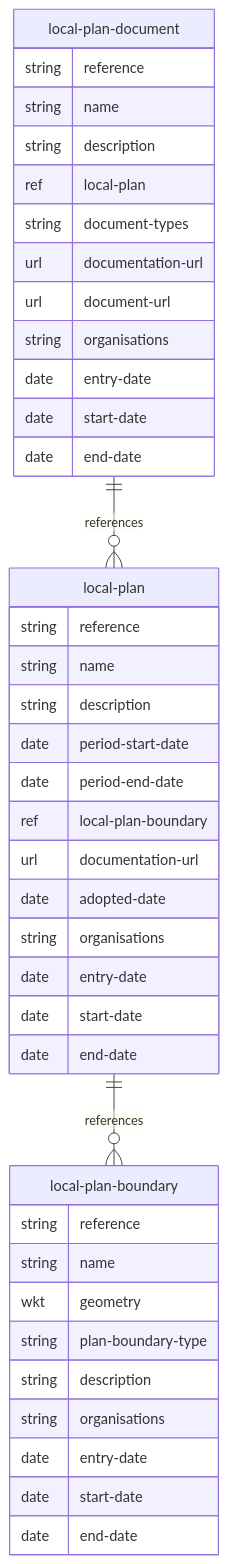
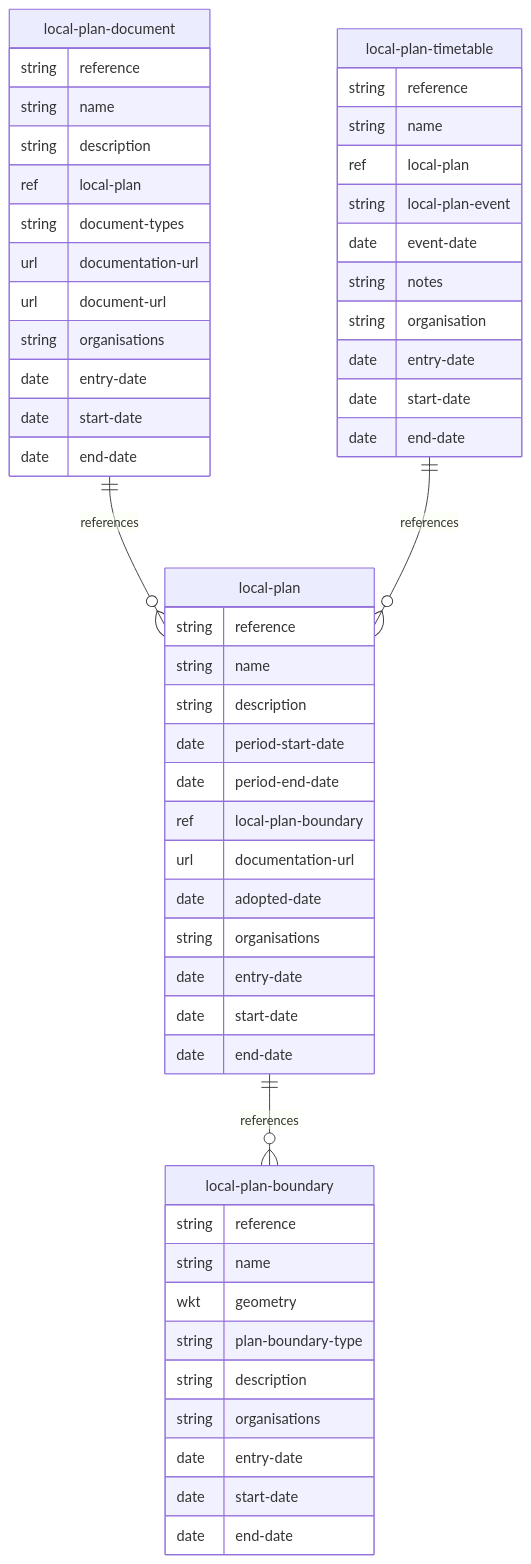
One commit to digital-land/specification changed the diagram in docs/mermaid/local-plan.md. Above: the diagram before and after it, drawn with Mermaid. The commit also changed 32 other files, not shown here.

````diff
--- a/docs/mermaid/local-plan.md
+++ b/docs/mermaid/local-plan.md
@@ -4,43 +4,56 @@
 ```mermaid
 erDiagram
     local-plan-boundary {
         string reference
         string name
         wkt geometry
         string plan-boundary-type
         string description
         string organisations
         date entry-date
         date start-date
         date end-date
     }
     local-plan {
         string reference
         string name
         string description
         date period-start-date
         date period-end-date
         ref local-plan-boundary
         url documentation-url
         date adopted-date
         string organisations
         date entry-date
         date start-date
         date end-date
     }
     local-plan-document {
         string reference
         string name
         string description
         ref local-plan
         string document-types
         url documentation-url
         url document-url
         string organisations
         date entry-date
         date start-date
         date end-date
     }
+    local-plan-timetable {
+        string reference
+        string name
+        ref local-plan
+        string local-plan-event
+        date event-date
+        string notes
+        string organisation
+        date entry-date
+        date start-date
+        date end-date
+    }
     local-plan ||--o{ local-plan-boundary : references
     local-plan-document ||--o{ local-plan : references
+    local-plan-timetable ||--o{ local-plan : references
 ```
````
